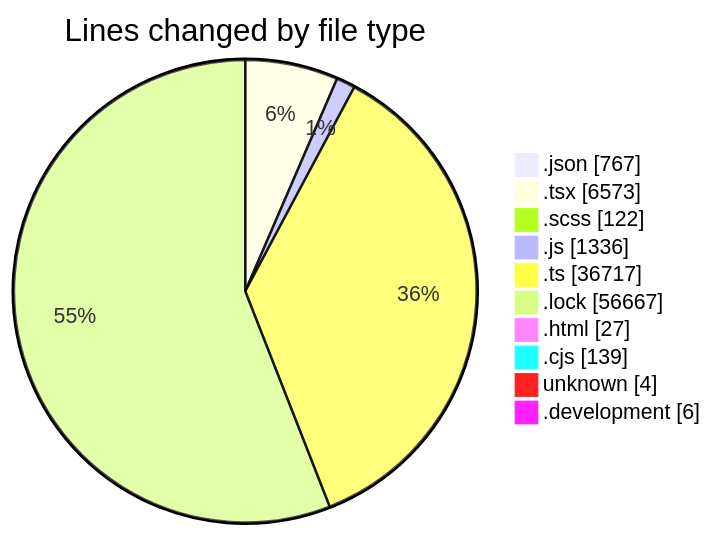
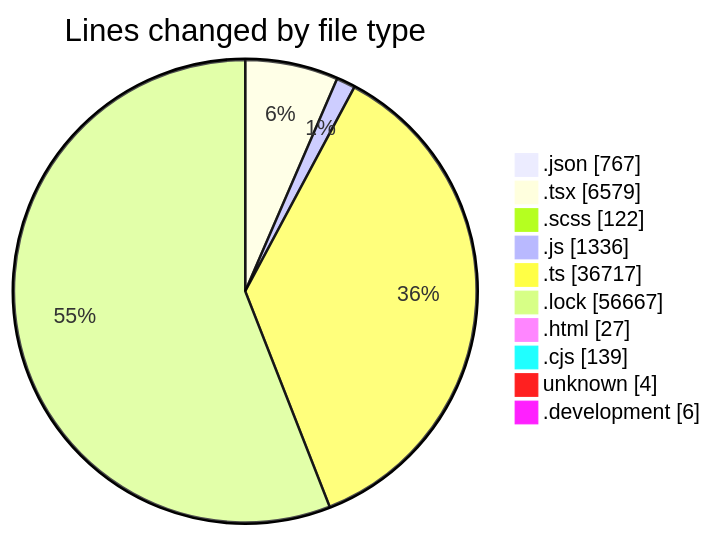
Before and after one commit to momahboobian/code-tracking: the first of 2 diagrams in 2026-09-03/cda/README.md, drawn with Mermaid. The commit also changed other lines of this file and 1 other file, not shown here.

````diff
--- a/2026-09-03/cda/README.md
+++ b/2026-09-03/cda/README.md
@@ -82,14 +82,14 @@
 ```mermaid
 pie showData
 title Lines changed by file type
 ".json" : 767
-".tsx" : 6573
+".tsx" : 6579
 ".scss" : 122
 ".js" : 1336
 ".ts" : 36717
 ".lock" : 56667
 ".html" : 27
 ".cjs" : 139
 "unknown" : 4
 ".development" : 6
 ```
````
